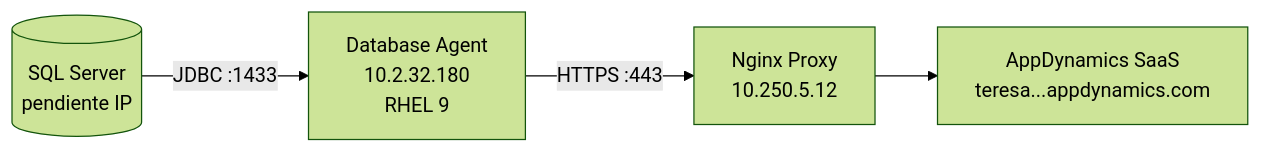
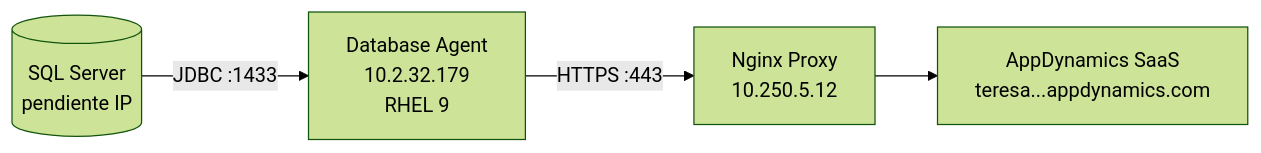
The diagram in docs/02-database-agent/instalacion-rhel9-sqlserver.md (ulix1808/ICASA_Observability), drawn with Mermaid (forest theme) before and after one commit. The commit also changed other lines of this file and 10 other files, not shown here.

````diff
--- a/docs/02-database-agent/instalacion-rhel9-sqlserver.md
+++ b/docs/02-database-agent/instalacion-rhel9-sqlserver.md
@@ -8,6 +8,6 @@
 ```mermaid
 flowchart LR
-    SQL[(SQL Server<br/>pendiente IP)] -->|"JDBC :1433"| DB["Database Agent<br/>10.2.32.180<br/>RHEL 9"]
+    SQL[(SQL Server<br/>pendiente IP)] -->|"JDBC :1433"| DB["Database Agent<br/>10.2.32.179<br/>RHEL 9"]
     DB -->|"HTTPS :443"| PROXY["Nginx Proxy<br/>10.250.5.12"]
     PROXY --> APPD["AppDynamics SaaS<br/>teresa...appdynamics.com"]
 ```
````
